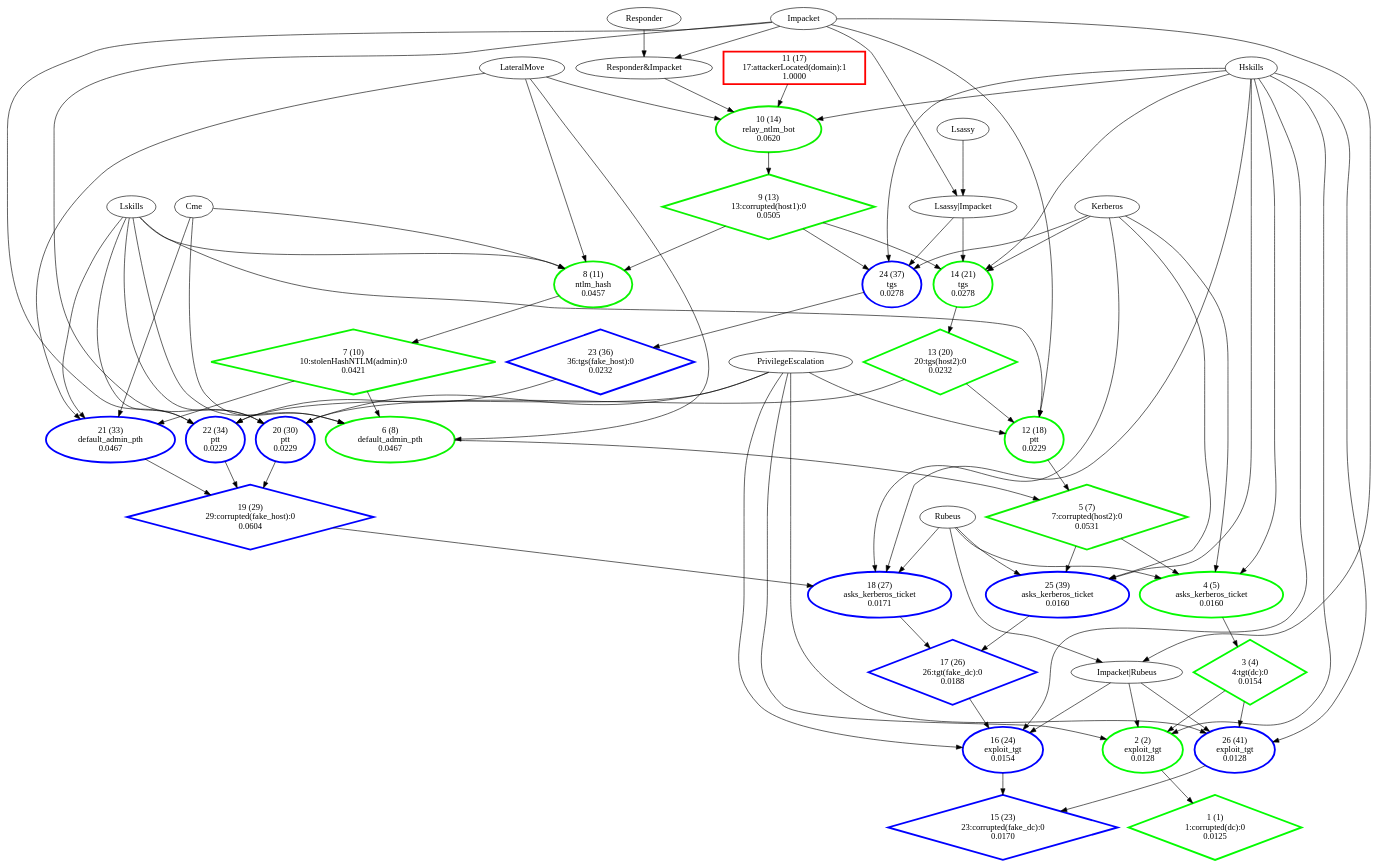
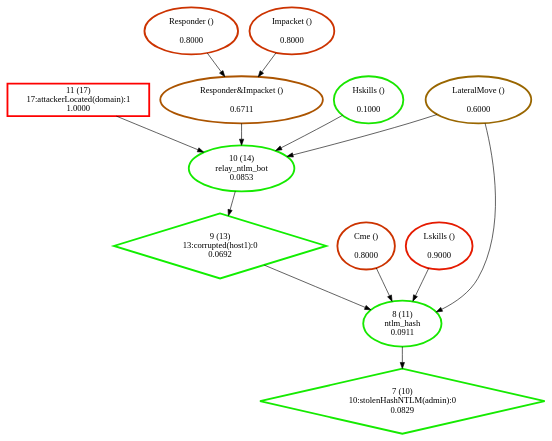
The diagram in Personnal_simulations/output_HighLevel/strongly_connected_components/classic.dot (NathanaeldeLaChesnais/attacker_profiling_for_BAG_with_honeypots), drawn with Graphviz before and after one commit. The commit also changed 16 other files, not shown here.

```diff
--- a/Personnal_simulations/output_HighLevel/strongly_connected_components/classic.dot
+++ b/Personnal_simulations/output_HighLevel/strongly_connected_components/classic.dot
@@ -1,109 +1,26 @@
 digraph G {
-  1 [label="1 (1)\n1:corrupted(dc):0\n0.0125", color="#03FC00", penwidth=3, shape="diamond"];
-  2 [label="2 (2)\nexploit_tgt\n0.0128", color="#03FC00", penwidth=3, shape="ellipse"];
-  3 [label="3 (4)\n4:tgt(dc):0\n0.0154", color="#03FC00", penwidth=3, shape="diamond"];
-  4 [label="4 (5)\nasks_kerberos_ticket\n0.0160", color="#04FB00", penwidth=3, shape="ellipse"];
-  5 [label="5 (7)\n7:corrupted(host2):0\n0.0531", color="#0DF200", penwidth=3, shape="diamond"];
-  6 [label="6 (8)\ndefault_admin_pth\n0.0467", color="#0BF400", penwidth=3, shape="ellipse"];
-  7 [label="7 (10)\n10:stolenHashNTLM(admin):0\n0.0421", color="#0AF500", penwidth=3, shape="diamond"];
-  8 [label="8 (11)\nntlm_hash\n0.0457", color="#0BF400", penwidth=3, shape="ellipse"];
-  9 [label="9 (13)\n13:corrupted(host1):0\n0.0505", color="#0CF300", penwidth=3, shape="diamond"];
-  10 [label="10 (14)\nrelay_ntlm_bot\n0.0620", color="#0FF000", penwidth=3, shape="ellipse"];
-  11 [label="11 (17)\n17:attackerLocated(domain):1\n1.0000", color="#FE0100", penwidth=3, shape="box"];
-  12 [label="12 (18)\nptt\n0.0229", color="#05FA00", penwidth=3, shape="ellipse"];
-  13 [label="13 (20)\n20:tgs(host2):0\n0.0232", color="#05FA00", penwidth=3, shape="diamond"];
-  14 [label="14 (21)\ntgs\n0.0278", color="#07F800", penwidth=3, shape="ellipse"];
-  15 [label="15 (23)\n23:corrupted(fake_dc):0\n0.0170", color="blue", penwidth=3, shape="diamond"];
-  16 [label="16 (24)\nexploit_tgt\n0.0154", color="blue", penwidth=3, shape="ellipse"];
-  17 [label="17 (26)\n26:tgt(fake_dc):0\n0.0188", color="blue", penwidth=3, shape="diamond"];
-  18 [label="18 (27)\nasks_kerberos_ticket\n0.0171", color="blue", penwidth=3, shape="ellipse"];
-  19 [label="19 (29)\n29:corrupted(fake_host):0\n0.0604", color="blue", penwidth=3, shape="diamond"];
-  20 [label="20 (30)\nptt\n0.0229", color="blue", penwidth=3, shape="ellipse"];
-  21 [label="21 (33)\ndefault_admin_pth\n0.0467", color="blue", penwidth=3, shape="ellipse"];
-  22 [label="22 (34)\nptt\n0.0229", color="blue", penwidth=3, shape="ellipse"];
-  23 [label="23 (36)\n36:tgs(fake_host):0\n0.0232", color="blue", penwidth=3, shape="diamond"];
-  24 [label="24 (37)\ntgs\n0.0278", color="blue", penwidth=3, shape="ellipse"];
-  25 [label="25 (39)\nasks_kerberos_ticket\n0.0160", color="blue", penwidth=3, shape="ellipse"];
-  26 [label="26 (41)\nexploit_tgt\n0.0128", color="blue", penwidth=3, shape="ellipse"];
+  "11" [label="11 (17)\n17:attackerLocated(domain):1\n1.0000", color="#FE0100", penwidth=3, shape="box"];
+  "10" [label="10 (14)\nrelay_ntlm_bot\n0.0853", color="#15EA00", penwidth=3, shape="ellipse"];
+  "9" [label="9 (13)\n13:corrupted(host1):0\n0.0692", color="#11EE00", penwidth=3, shape="diamond"];
+  "8" [label="8 (11)\nntlm_hash\n0.0911", color="#17E800", penwidth=3, shape="ellipse"];
+  "7" [label="7 (10)\n10:stolenHashNTLM(admin):0\n0.0829", color="#15EA00", penwidth=3, shape="diamond"];
+  "Cme" [label="Cme ()\n\n0.8000", color="#CC3300", penwidth=3, shape=""];
+  "Lskills" [label="Lskills ()\n\n0.9000", color="#E51A00", penwidth=3, shape=""];
+  "LateralMove" [label="LateralMove ()\n\n0.6000", color="#996600", penwidth=3, shape=""];
+  "Responder&Impacket" [label="Responder&Impacket ()\n\n0.6711", color="#AB5400", penwidth=3, shape=""];
+  "Responder" [label="Responder ()\n\n0.8000", color="#CC3300", penwidth=3, shape=""];
+  "Impacket" [label="Impacket ()\n\n0.8000", color="#CC3300", penwidth=3, shape=""];
+  "Hskills" [label="Hskills ()\n\n0.1000", color="#19E600", penwidth=3, shape=""];
   "11" -> "10";
   "10" -> "9";
   "9" -> "8";
-  "9" -> "14";
-  "9" -> "24";
   "8" -> "7";
-  "7" -> "6";
-  "7" -> "21";
-  "6" -> "5";
-  "5" -> "4";
-  "5" -> "25";
-  "14" -> "13";
-  "13" -> "12";
-  "13" -> "20";
-  "12" -> "5";
-  "4" -> "3";
-  "3" -> "2";
-  "3" -> "26";
-  "2" -> "1";
-  "20" -> "19";
-  "19" -> "18";
-  "21" -> "19";
-  "24" -> "23";
-  "23" -> "22";
-  "22" -> "19";
-  "18" -> "17";
-  "17" -> "16";
-  "25" -> "17";
-  "16" -> "15";
-  "26" -> "15";
-  "Impacket|Rubeus" -> "2";
-  "Impacket|Rubeus" -> "16";
-  "Impacket|Rubeus" -> "26";
-  "Impacket" -> "Impacket|Rubeus";
-  "Impacket" -> "Responder&Impacket";
-  "Impacket" -> "12";
-  "Impacket" -> "Lsassy|Impacket";
-  "Impacket" -> "20";
-  "Impacket" -> "22";
-  "Rubeus" -> "Impacket|Rubeus";
-  "Rubeus" -> "4";
-  "Rubeus" -> "18";
-  "Rubeus" -> "25";
-  "Hskills" -> "2";
-  "Hskills" -> "4";
-  "Hskills" -> "10";
-  "Hskills" -> "14";
-  "Hskills" -> "16";
-  "Hskills" -> "18";
-  "Hskills" -> "24";
-  "Hskills" -> "25";
-  "Hskills" -> "26";
-  "PrivilegeEscalation" -> "2";
-  "PrivilegeEscalation" -> "12";
-  "PrivilegeEscalation" -> "16";
-  "PrivilegeEscalation" -> "20";
-  "PrivilegeEscalation" -> "22";
-  "PrivilegeEscalation" -> "26";
-  "Kerberos" -> "4";
-  "Kerberos" -> "14";
-  "Kerberos" -> "18";
-  "Kerberos" -> "24";
-  "Kerberos" -> "25";
-  "Cme" -> "6";
   "Cme" -> "8";
-  "Cme" -> "21";
-  "Lskills" -> "6";
   "Lskills" -> "8";
-  "Lskills" -> "12";
-  "Lskills" -> "20";
-  "Lskills" -> "21";
-  "Lskills" -> "22";
-  "LateralMove" -> "6";
   "LateralMove" -> "8";
   "LateralMove" -> "10";
-  "LateralMove" -> "21";
   "Responder&Impacket" -> "10";
   "Responder" -> "Responder&Impacket";
-  "Lsassy|Impacket" -> "14";
-  "Lsassy|Impacket" -> "24";
-  "Lsassy" -> "Lsassy|Impacket";
+  "Impacket" -> "Responder&Impacket";
+  "Hskills" -> "10";
 }
```
